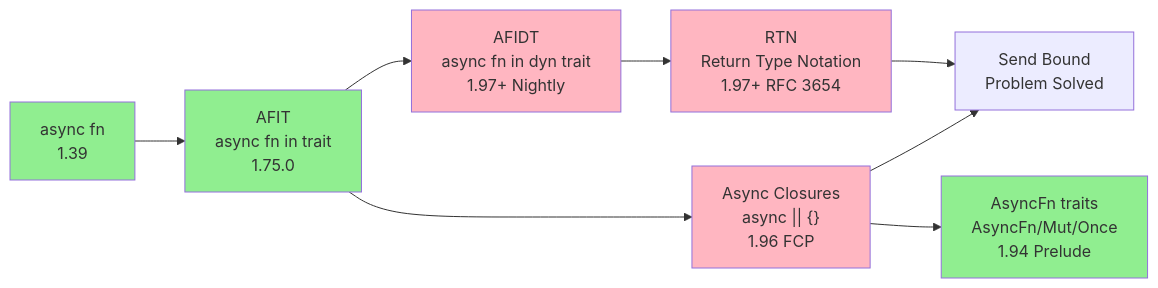
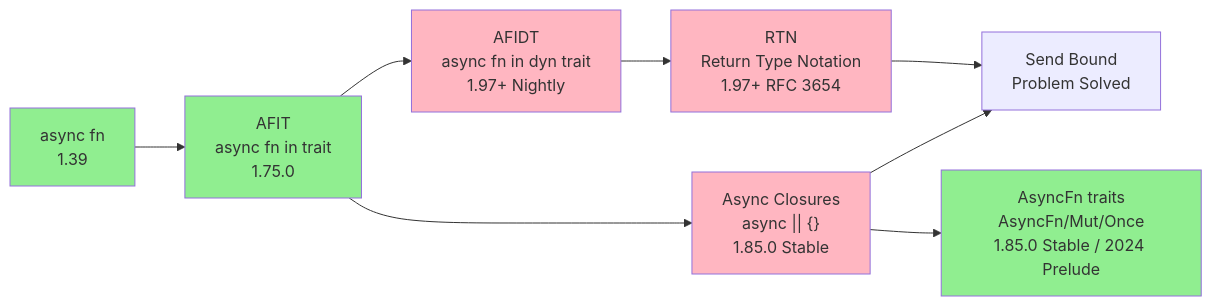
Before and after one commit to martin-ly/rust-lang: the sixth of 16 diagrams in docs/04_rust_language_feature_comprehensive_inventory_2026.md, drawn with Mermaid. The commit also changed other lines of this file and 715 other files, not shown here.

````diff
--- a/docs/04_rust_language_feature_comprehensive_inventory_2026.md
+++ b/docs/04_rust_language_feature_comprehensive_inventory_2026.md
@@ -963,17 +963,17 @@
 ```mermaid
 graph LR
     A[async fn<br/>1.39] --> B[AFIT<br/>async fn in trait<br/>1.75.0]
     B --> C[AFIDT<br/>async fn in dyn trait<br/>1.97+ Nightly]
-    B --> D["Async Closures<br/>async || {}<br/>1.96 FCP"]
-    D --> E[AsyncFn traits<br/>AsyncFn/Mut/Once<br/>1.94 Prelude]
+    B --> D["Async Closures<br/>async || {}<br/>1.85.0 Stable"]
+    D --> E[AsyncFn traits<br/>AsyncFn/Mut/Once<br/>1.85.0 Stable / 2024 Prelude]
     C --> F[RTN<br/>Return Type Notation<br/>1.97+ RFC 3654]
     F --> G[Send Bound<br/>Problem Solved]
     D --> G
 
     style A fill:#90EE90
     style B fill:#90EE90
     style C fill:#FFB6C1
     style D fill:#FFB6C1
     style E fill:#90EE90
     style F fill:#FFB6C1
 ```
````
